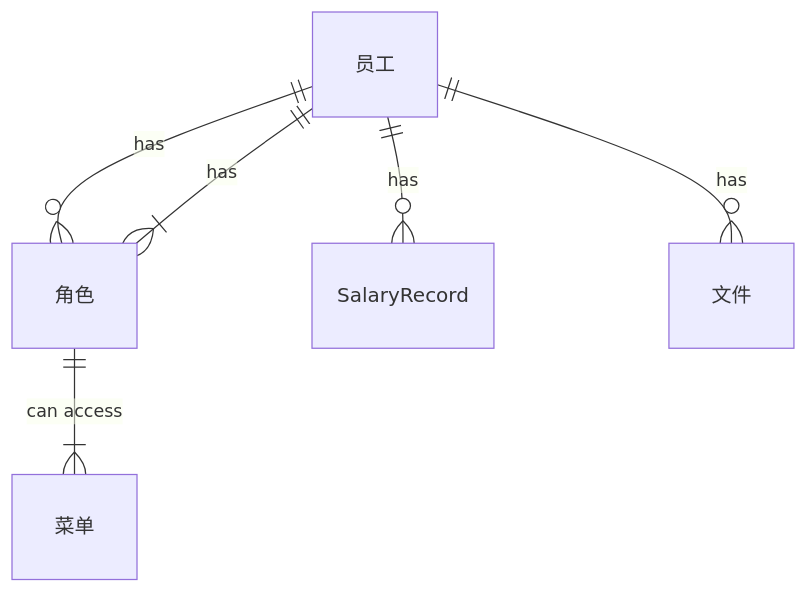
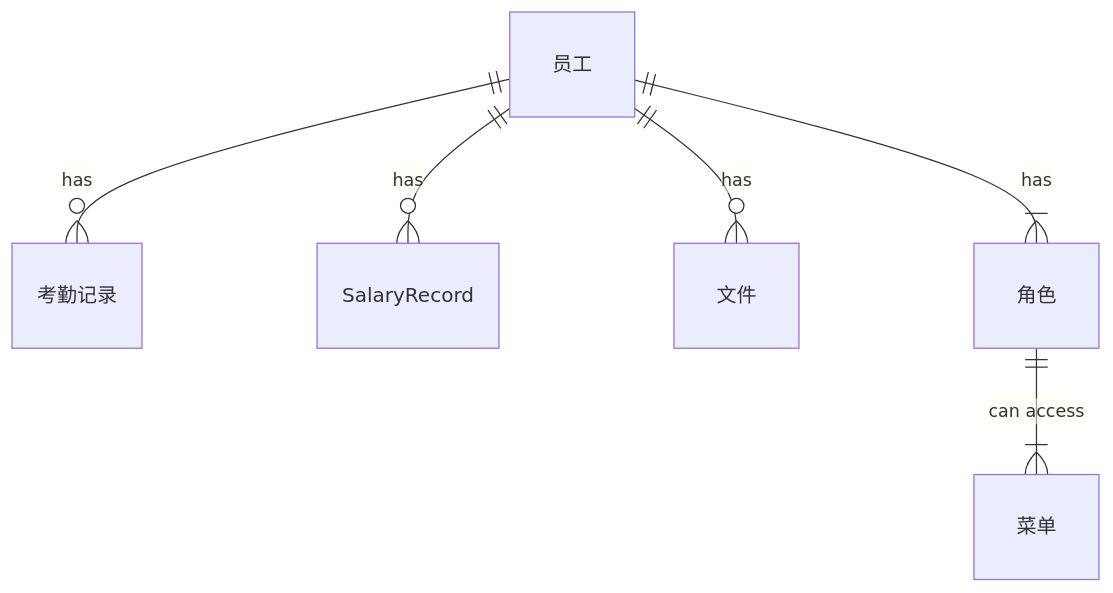
Before and after one commit to 1235648solitary/iodraw-files: the diagram in all/未命名-1.md, drawn with Mermaid.

Commit message:
2025-04-22 23:28:39 update

````diff
--- a/all/未命名-1.md
+++ b/all/未命名-1.md
@@ -1,9 +1,9 @@
 ```mermaid
 erDiagram
-              "员工" ||--o{ "角色" : "has"
+              "员工" ||--o{ "考勤记录" : "has"
     "员工" ||--o{ SalaryRecord : "has"
     "员工"||--o{ "文件" : "has"
     "员工" ||--|{ "角色" : "has"
     "角色" ||--|{ "菜单" : "can access" 
             
 ```
````
